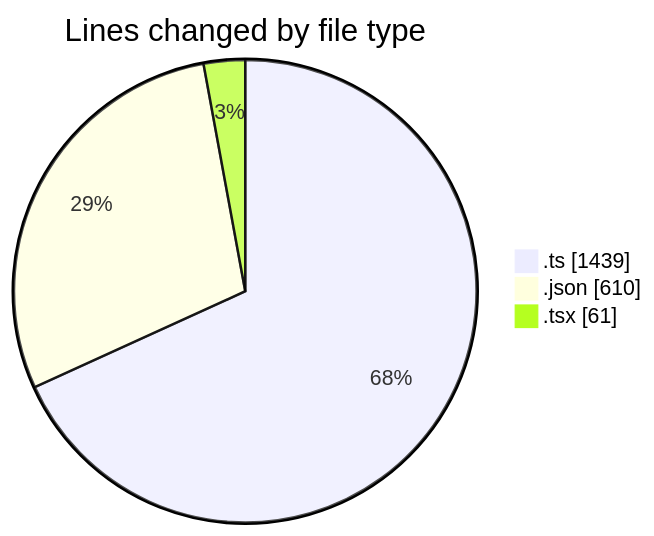
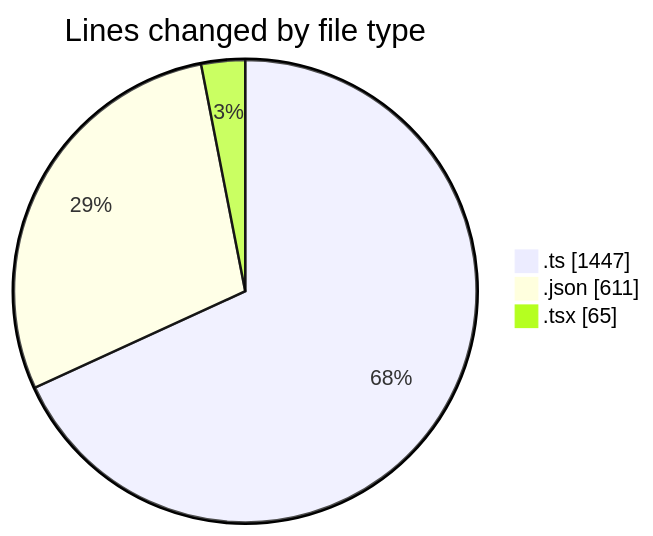
One commit to momahboobian/code-tracking changed the first of 2 diagrams in 2025-10-22/cda/README.md. Above: the diagram before and after it, drawn with Mermaid. The commit also changed other lines of this file and 1 other file, not shown here.

````diff
--- a/2025-10-22/cda/README.md
+++ b/2025-10-22/cda/README.md
@@ -28,7 +28,7 @@
 ```mermaid
 pie showData
 title Lines changed by file type
-".ts" : 1439
-".json" : 610
-".tsx" : 61
+".ts" : 1447
+".json" : 611
+".tsx" : 65
 ```
````
